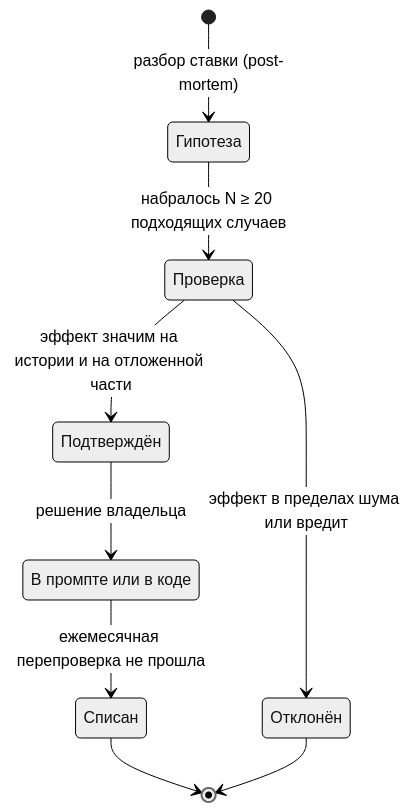
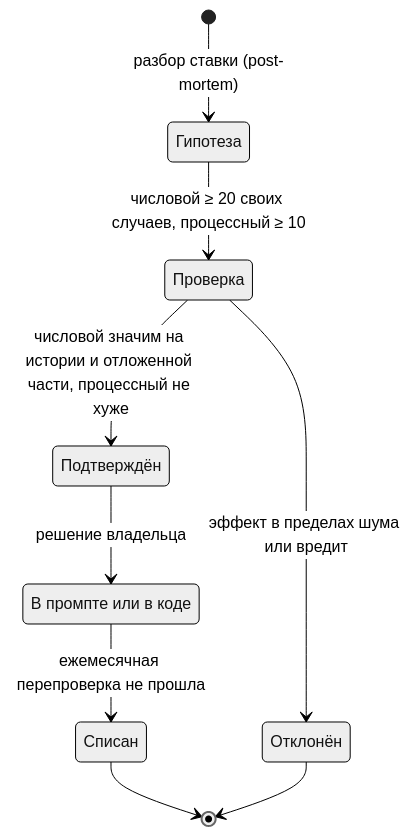
One commit to rvburov/ai_agent_capper changed the second of 2 diagrams in docs/LLM_LEARNING.md. Above: the diagram before and after it, drawn with Mermaid (neutral theme). The commit also changed other lines of this file and 1 other file, not shown here.

````diff
--- a/docs/LLM_LEARNING.md
+++ b/docs/LLM_LEARNING.md
@@ -67,17 +67,17 @@
 ```mermaid
 stateDiagram-v2
     state "Гипотеза" as hyp
     state "Проверка" as check
     state "Подтверждён" as conf
     state "Отклонён" as rej
     state "В промпте или в коде" as live
     state "Списан" as retired
     [*] --> hyp: разбор ставки (post-mortem)
-    hyp --> check: набралось N ≥ 20 подходящих случаев
-    check --> conf: эффект значим на истории и на отложенной части
+    hyp --> check: числовой ≥ 20 своих случаев, процессный ≥ 10
+    check --> conf: числовой значим на истории и отложенной части, процессный не хуже
     check --> rej: эффект в пределах шума или вредит
     conf --> live: решение владельца
     live --> retired: ежемесячная перепроверка не прошла
     retired --> [*]
     rej --> [*]
 ```
````
